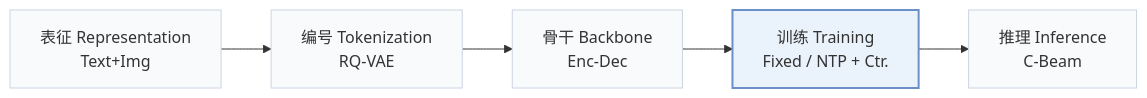
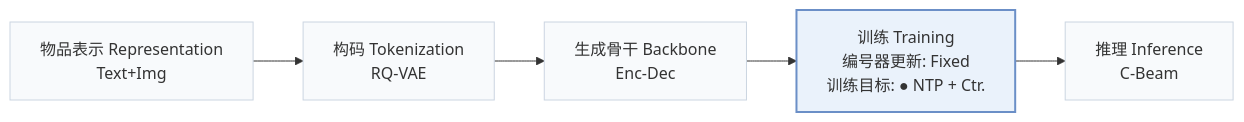
The first of 2 diagrams in pages/zh/papers/syngr.md (Galaxy-ghost/Awesome-SID-Generative-Rec), drawn with Mermaid before and after one commit. The commit also changed other lines of this file and 558 other files, not shown here.

````diff
--- a/pages/zh/papers/syngr.md
+++ b/pages/zh/papers/syngr.md
@@ -15,8 +19,8 @@
 ```mermaid
 flowchart LR
-    R["表征 Representation<br/>Text+Img"] --> T["编号 Tokenization<br/>RQ-VAE"] --> B["骨干 Backbone<br/>Enc-Dec"] --> TR["训练 Training<br/>Fixed / NTP + Ctr."] --> I["推理 Inference<br/>C-Beam"]
+    R["物品表示 Representation<br/>Text+Img"] --> T["构码 Tokenization<br/>RQ-VAE"] --> B["生成骨干 Backbone<br/>Enc-Dec"] --> TR["训练 Training<br/>编号器更新: Fixed<br/>训练目标: ● NTP + Ctr."] --> I["推理 Inference<br/>C-Beam"]
     classDef base fill:#f8fafc,stroke:#cbd5e1
     class R,T,B,TR,I base
     classDef main fill:#eaf2fb,stroke:#6b8fc7,stroke-width:2px
     class TR main
 ```
````
